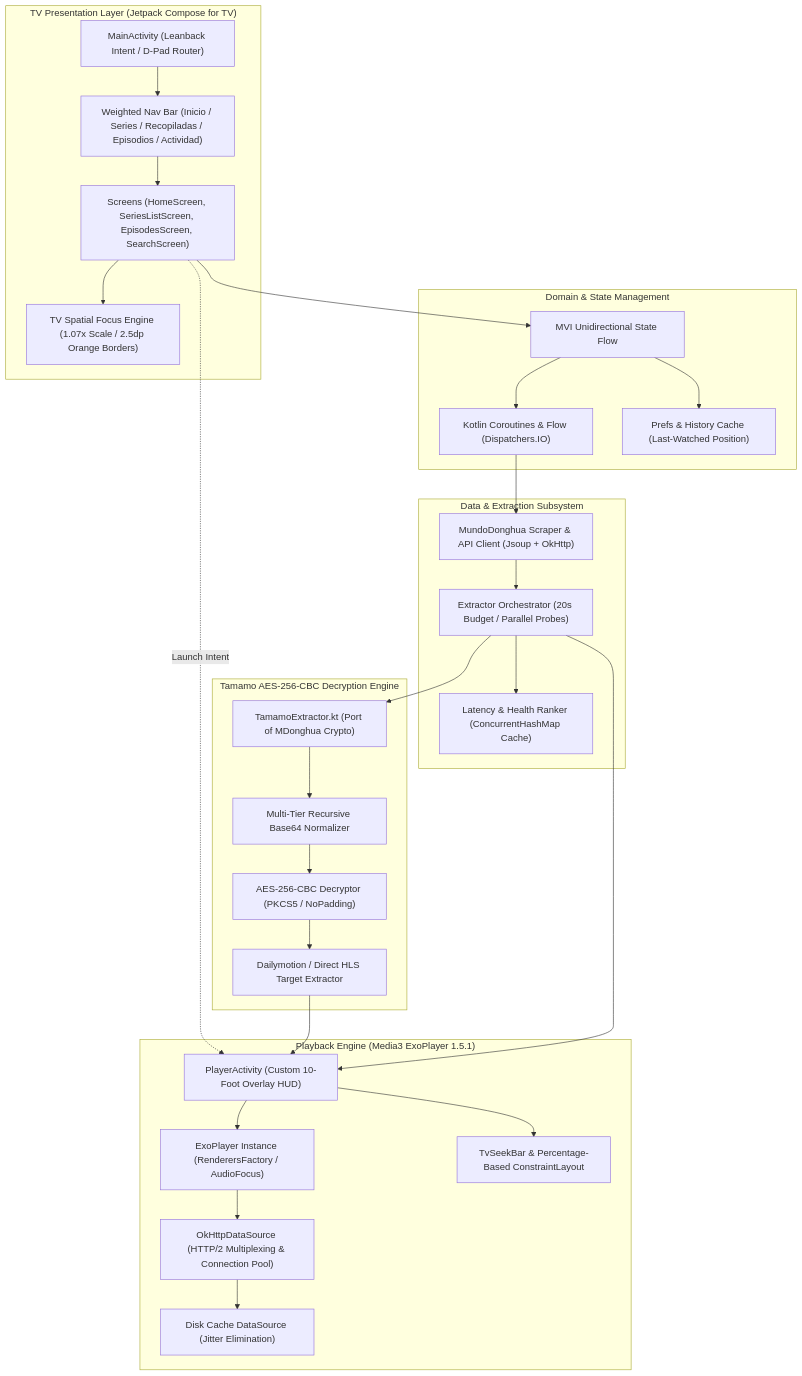
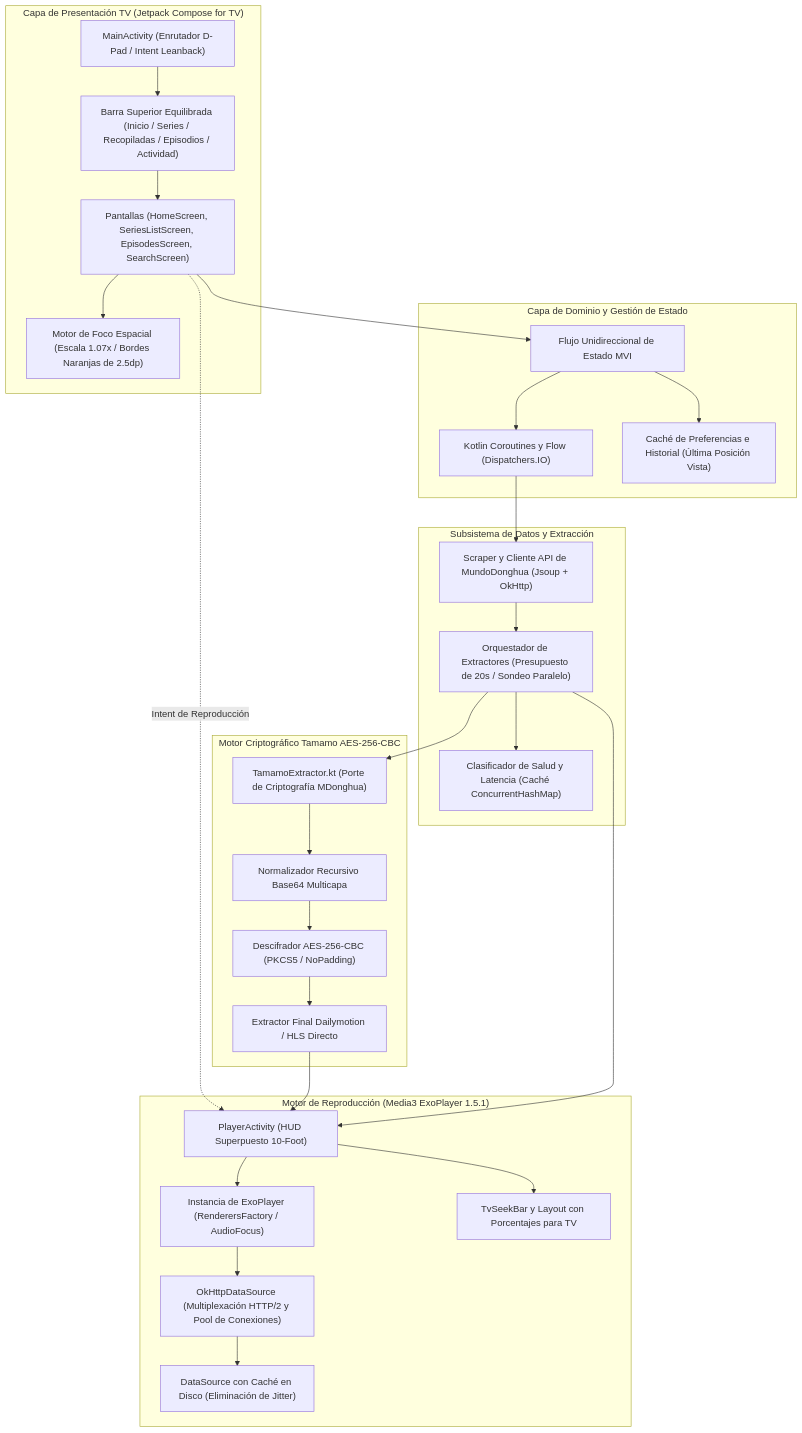
The diagram in README.md (Dreftian/MundoDonghuaTV), drawn with Mermaid before and after one commit. The commit also changed other lines of this file, not shown here.

````diff
--- a/README.md
+++ b/README.md
@@ -92,59 +92,59 @@
 ```mermaid
 flowchart TD
-    subgraph UI_Layer ["TV Presentation Layer (Jetpack Compose for TV)"]
-        Nav["MainActivity (Leanback Intent / D-Pad Router)"]
-        Tabs["Weighted Nav Bar (Inicio / Series / Recopiladas / Episodios / Actividad)"]
-        Screens["Screens (HomeScreen, SeriesListScreen, EpisodesScreen, SearchScreen)"]
-        FocusEngine["TV Spatial Focus Engine (1.07x Scale / 2.5dp Orange Borders)"]
+    subgraph UI_Layer ["Capa de Presentación TV (Jetpack Compose for TV)"]
+        Nav["MainActivity (Enrutador D-Pad / Intent Leanback)"]
+        Tabs["Barra Superior Equilibrada (Inicio / Series / Recopiladas / Episodios / Actividad)"]
+        Screens["Pantallas (HomeScreen, SeriesListScreen, EpisodesScreen, SearchScreen)"]
+        FocusEngine["Motor de Foco Espacial (Escala 1.07x / Bordes Naranjas de 2.5dp)"]
         Nav --> Tabs
         Tabs --> Screens
         Screens --> FocusEngine
     end
 
-    subgraph Domain_Layer ["Domain & State Management"]
-        MVI["MVI Unidirectional State Flow"]
-        Coroutines["Kotlin Coroutines & Flow (Dispatchers.IO)"]
-        PrefsStorage["Prefs & History Cache (Last-Watched Position)"]
+    subgraph Domain_Layer ["Capa de Dominio y Gestión de Estado"]
+        MVI["Flujo Unidireccional de Estado MVI"]
+        Coroutines["Kotlin Coroutines y Flow (Dispatchers.IO)"]
+        PrefsStorage["Caché de Preferencias e Historial (Última Posición Vista)"]
         Screens --> MVI
         MVI --> Coroutines
         MVI --> PrefsStorage
     end
 
-    subgraph Data_Layer ["Data & Extraction Subsystem"]
-        ApiWorker["MundoDonghua Scraper & API Client (Jsoup + OkHttp)"]
-        ExtMaster["Extractor Orchestrator (20s Budget / Parallel Probes)"]
-        ServerRanker["Latency & Health Ranker (ConcurrentHashMap Cache)"]
+    subgraph Data_Layer ["Subsistema de Datos y Extracción"]
+        ApiWorker["Scraper y Cliente API de MundoDonghua (Jsoup + OkHttp)"]
+        ExtMaster["Orquestador de Extractores (Presupuesto de 20s / Sondeo Paralelo)"]
+        ServerRanker["Clasificador de Salud y Latencia (Caché ConcurrentHashMap)"]
         
         Coroutines --> ApiWorker
         ApiWorker --> ExtMaster
         ExtMaster --> ServerRanker
     end
 
-    subgraph Crypto_Layer ["Tamamo AES-256-CBC Decryption Engine"]
-        AESEngine["TamamoExtractor.kt (Port of MDonghua Crypto)"]
-        Base64Decoder["Multi-Tier Recursive Base64 Normalizer"]
-        CipherCBC["AES-256-CBC Decryptor (PKCS5 / NoPadding)"]
-        DMSink["Dailymotion / Direct HLS Target Extractor"]
+    subgraph Crypto_Layer ["Motor Criptográfico Tamamo AES-256-CBC"]
+        AESEngine["TamamoExtractor.kt (Porte de Criptografía MDonghua)"]
+        Base64Decoder["Normalizador Recursivo Base64 Multicapa"]
+        CipherCBC["Descifrador AES-256-CBC (PKCS5 / NoPadding)"]
+        DMSink["Extractor Final Dailymotion / HLS Directo"]
         
         ExtMaster --> AESEngine
         AESEngine --> Base64Decoder
         Base64Decoder --> CipherCBC
         CipherCBC --> DMSink
     end
 
-    subgraph Playback_Layer ["Playback Engine (Media3 ExoPlayer 1.5.1)"]
-        PlayerAct["PlayerActivity (Custom 10-Foot Overlay HUD)"]
-        ExoCore["ExoPlayer Instance (RenderersFactory / AudioFocus)"]
-        OkHttpSource["OkHttpDataSource (HTTP/2 Multiplexing & Connection Pool)"]
-        DiskCache["Disk Cache DataSource (Jitter Elimination)"]
-        TvScrubber["TvSeekBar & Percentage-Based ConstraintLayout"]
+    subgraph Playback_Layer ["Motor de Reproducción (Media3 ExoPlayer 1.5.1)"]
+        PlayerAct["PlayerActivity (HUD Superpuesto 10-Foot)"]
+        ExoCore["Instancia de ExoPlayer (RenderersFactory / AudioFocus)"]
+        OkHttpSource["OkHttpDataSource (Multiplexación HTTP/2 y Pool de Conexiones)"]
+        DiskCache["DataSource con Caché en Disco (Eliminación de Jitter)"]
+        TvScrubber["TvSeekBar y Layout con Porcentajes para TV"]
         
-        Screens -. Launch Intent .-> PlayerAct
+        Screens -. Intent de Reproducción .-> PlayerAct
         DMSink --> PlayerAct
         ExtMaster --> PlayerAct
         PlayerAct --> ExoCore
         ExoCore --> OkHttpSource
         OkHttpSource --> DiskCache
         PlayerAct --> TvScrubber
     end
 ```
````
